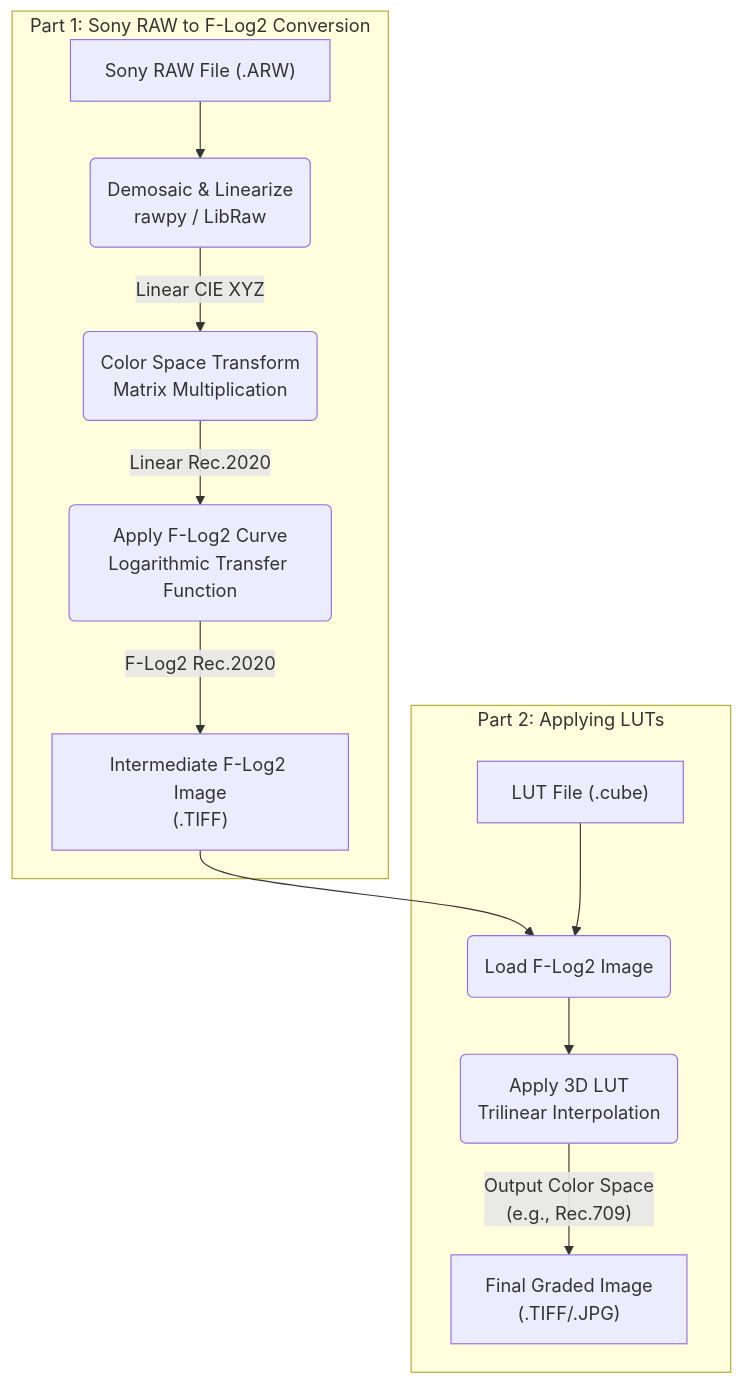
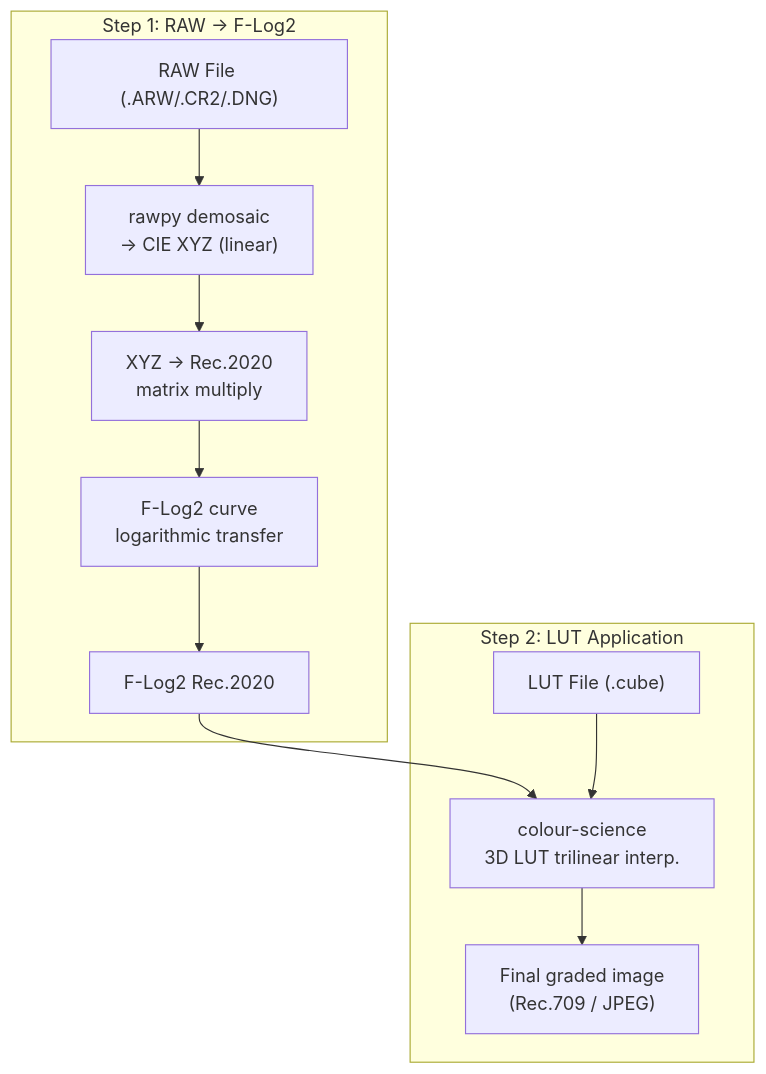
The diagram in README.md (nmtzwh/anyraw-to-fujilut), drawn with Mermaid before and after one commit. The commit also changed other lines of this file and 29 other files, not shown here.

First line of the commit message:
docs: update README with Electron GUI getting started and architecture

````diff
--- a/README.md
+++ b/README.md
@@ -7,16 +39,15 @@
 ```mermaid
 graph TD
-    subgraph "Part 1: Sony RAW to F-Log2 Conversion"
-    A["Sony RAW File (.ARW)"] --> B("Demosaic & Linearize<br>rawpy / LibRaw");
-    B -->|"Linear CIE XYZ"| C("Color Space Transform<br>Matrix Multiplication");
-    C -->|"Linear Rec.2020"| D("Apply F-Log2 Curve<br>Logarithmic Transfer Function");
-    D -->|"F-Log2 Rec.2020"| E["Intermediate F-Log2 Image<br>(.TIFF)"];
+    subgraph "Step 1: RAW → F-Log2"
+    A["RAW File (.ARW/.CR2/.DNG)"] --> B["rawpy demosaic<br>→ CIE XYZ (linear)"]
+    B --> C["XYZ → Rec.2020<br>matrix multiply"]
+    C --> D["F-Log2 curve<br>logarithmic transfer"]
+    D --> E["F-Log2 Rec.2020"]
     end
 
-    subgraph "Part 2: Applying LUTs"
-    E --> F("Load F-Log2 Image");
-    G["LUT File (.cube)"] --> F;
-    F --> H("Apply 3D LUT<br>Trilinear Interpolation");
-    H -->|"Output Color Space<br>(e.g., Rec.709)" | I["Final Graded Image<br>(.TIFF/.JPG)"];
+    subgraph "Step 2: LUT Application"
+    E --> F["colour-science<br>3D LUT trilinear interp."]
+    G["LUT File (.cube)"] --> F
+    F --> H["Final graded image<br>(Rec.709 / JPEG)"]
     end
 ```
````
